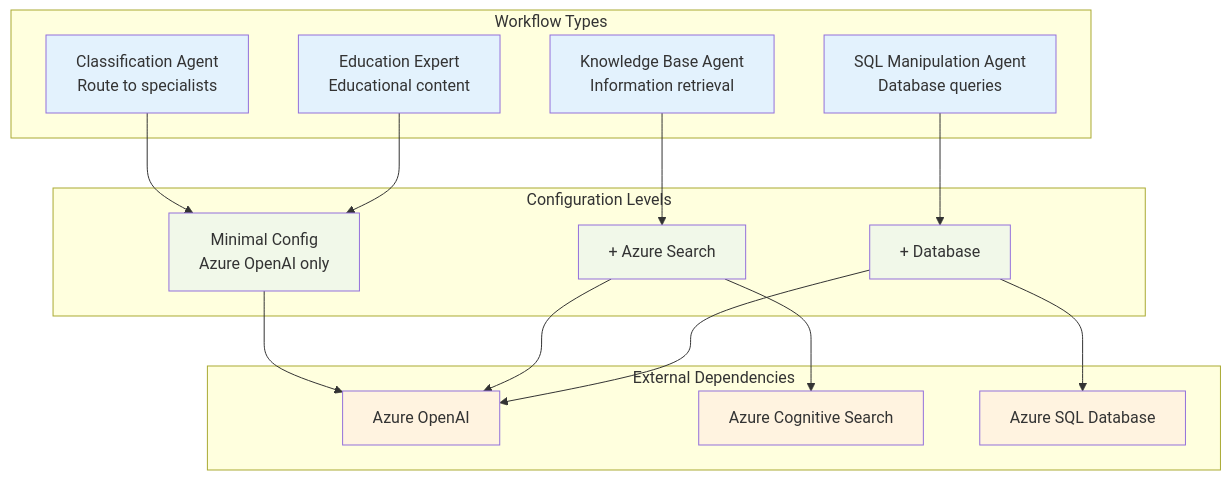
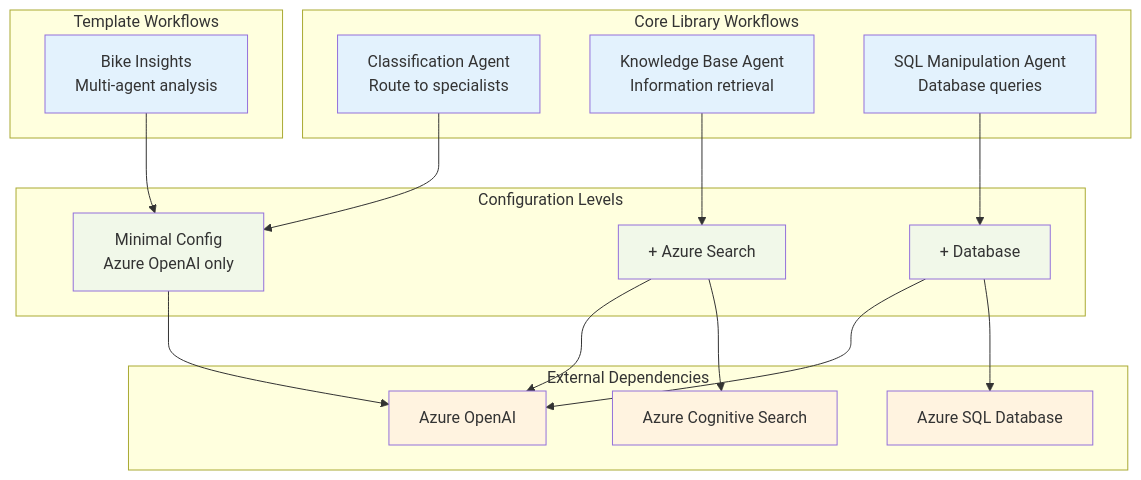
Before and after one commit to the-ingenious-dark-knight/Insight_Ingenious: the first of 10 diagrams in docs/workflows/README.md, drawn with Mermaid. The commit also changed other lines of this file and 3 other files, not shown here.

````diff
--- a/docs/workflows/README.md
+++ b/docs/workflows/README.md
@@ -18,42 +18,45 @@
 ```mermaid
 graph TB
-    subgraph "Workflow Types"
+    subgraph "Core Library Workflows"
         CLASSIFICATION[Classification Agent<br/>Route to specialists]
         KNOWLEDGE[Knowledge Base Agent<br/>Information retrieval]
         SQL[SQL Manipulation Agent<br/>Database queries]
-        EDUCATION[Education Expert<br/>Educational content]
+    end
+
+    subgraph "Template Workflows"
+        BIKE_INSIGHTS[Bike Insights<br/>Multi-agent analysis]
     end
 
     subgraph "Configuration Levels"
         MINIMAL[Minimal Config<br/>Azure OpenAI only]
         SEARCH[+ Azure Search]
         DATABASE[+ Database]
     end
 
     subgraph "External Dependencies"
         AZURE_OPENAI[Azure OpenAI]
         AZURE_SEARCH[Azure Cognitive Search]
         AZURE_SQL[Azure SQL Database]
     end
 
     CLASSIFICATION --> MINIMAL
-    EDUCATION --> MINIMAL
+    BIKE_INSIGHTS --> MINIMAL
 
     KNOWLEDGE --> SEARCH
 
     SQL --> DATABASE
 
     MINIMAL --> AZURE_OPENAI
     SEARCH --> AZURE_OPENAI
     SEARCH --> AZURE_SEARCH
     DATABASE --> AZURE_OPENAI
     DATABASE --> AZURE_SQL
 
     classDef workflow fill:#e3f2fd
     classDef config fill:#f1f8e9
     classDef external fill:#fff3e0
 
-    class CLASSIFICATION,EDUCATION,KNOWLEDGE,SQL workflow
+    class CLASSIFICATION,KNOWLEDGE,SQL,BIKE_INSIGHTS workflow
     class MINIMAL,SEARCH,DATABASE config
     class AZURE_OPENAI,AZURE_SEARCH,AZURE_SQL external
 ```
````
